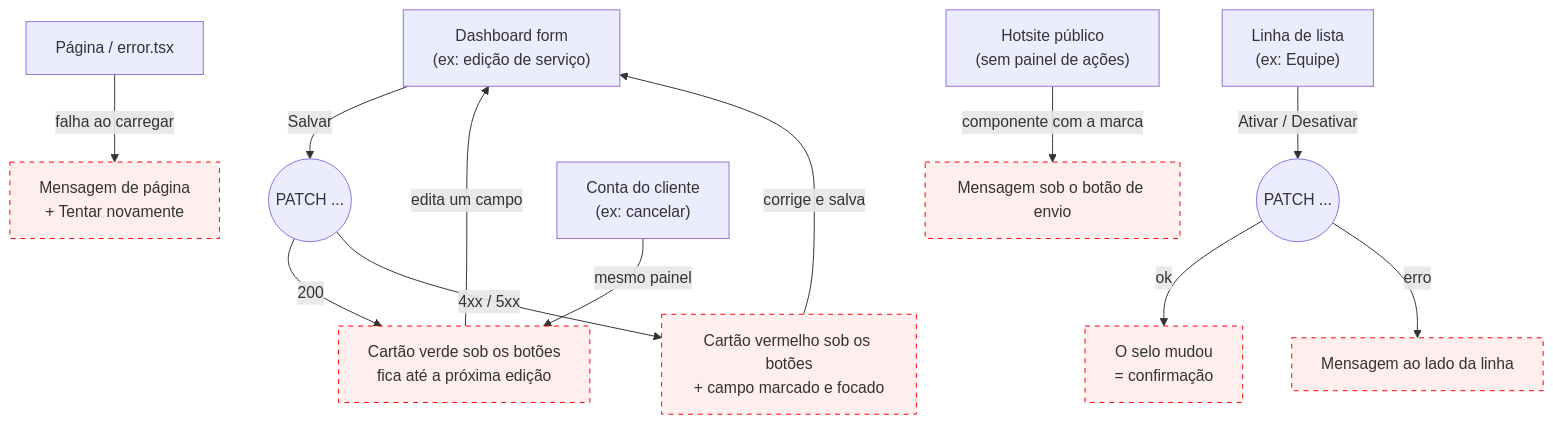
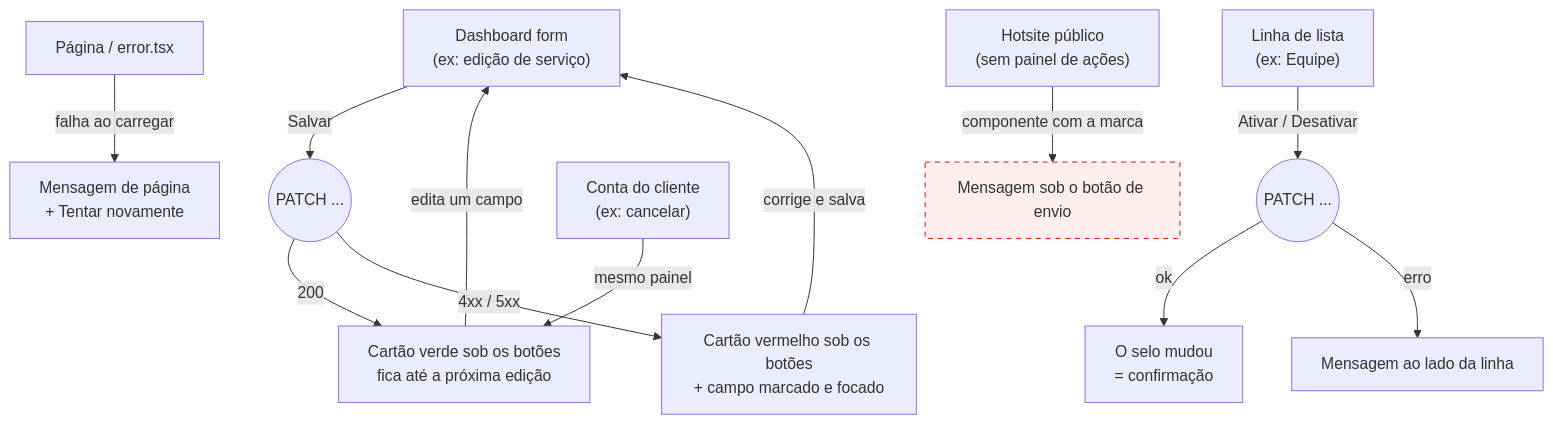
The diagram in journeys/manager/feedback-pane.md (lmmoreira/ikaro), drawn with Mermaid before and after one commit. The commit also changed other lines of this file and 19 other files, not shown here.

````diff
--- a/journeys/manager/feedback-pane.md
+++ b/journeys/manager/feedback-pane.md
@@ -10,20 +10,20 @@
 ```mermaid
 flowchart TD
     Edit["Dashboard form<br/>(ex: edição de serviço)"] -->|"Salvar"| Call(("PATCH ..."))
     Call -->|"200"| Ok["Cartão verde sob os botões<br/>fica até a próxima edição"]
     Call -->|"4xx / 5xx"| Err["Cartão vermelho sob os botões<br/>+ campo marcado e focado"]
     Ok -->|"edita um campo"| Edit
     Err -->|"corrige e salva"| Edit
 
     Row["Linha de lista<br/>(ex: Equipe)"] -->|"Ativar / Desativar"| RowCall(("PATCH ..."))
     RowCall -->|"ok"| Badge["O selo mudou<br/>= confirmação"]
     RowCall -->|"erro"| RowErr["Mensagem ao lado da linha"]
 
     Load["Página / error.tsx"] -->|"falha ao carregar"| Page["Mensagem de página<br/>+ Tentar novamente"]
 
     Cust["Conta do cliente<br/>(ex: cancelar)"] -->|"mesmo painel"| Ok
     Pub["Hotsite público<br/>(sem painel de ações)"] -->|"componente com a marca"| PubMsg["Mensagem sob o botão de envio"]
 
     classDef gap stroke:#f00,stroke-dasharray: 5 5,fill:#fee
-    class Ok,Err,Badge,RowErr,Page,PubMsg gap
+    class PubMsg gap
 ```
````
